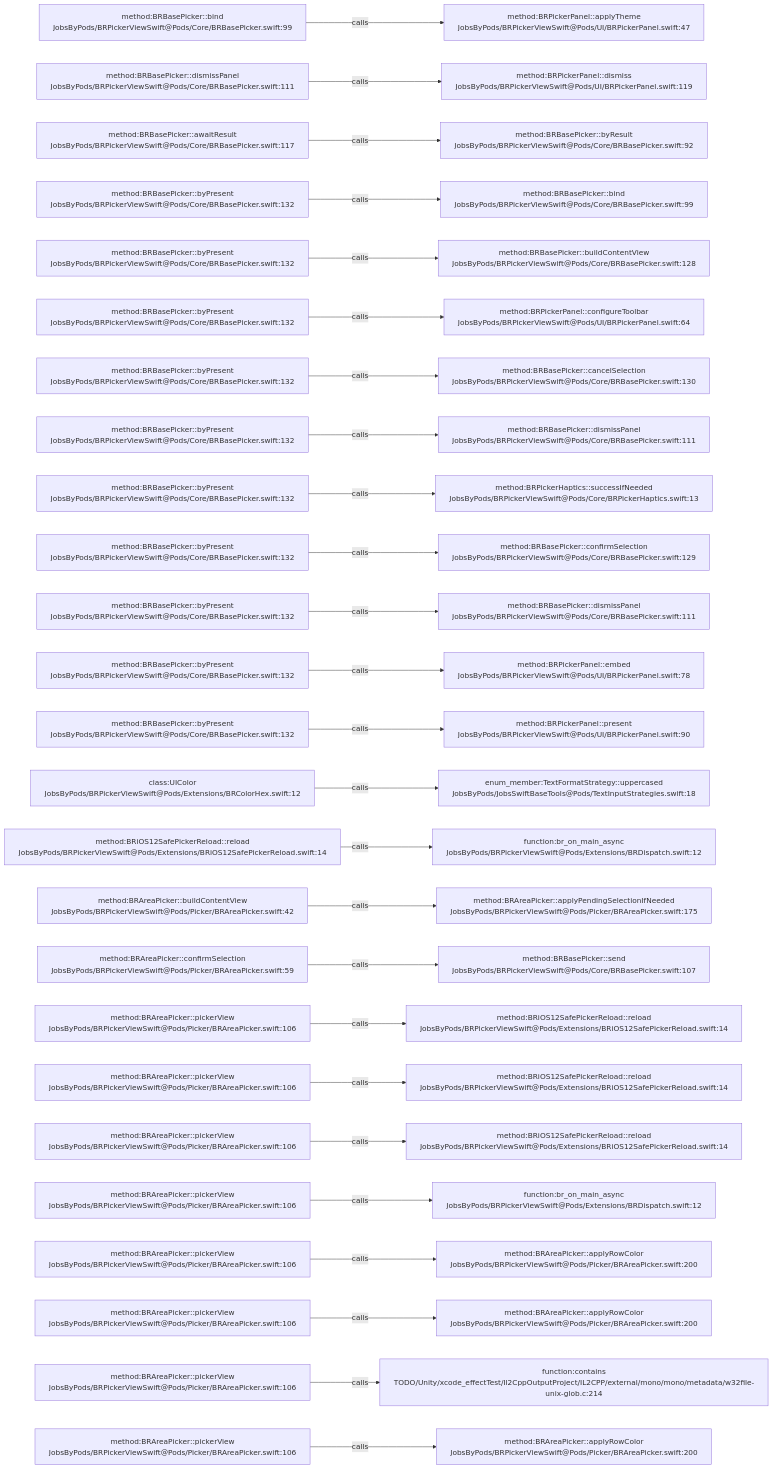
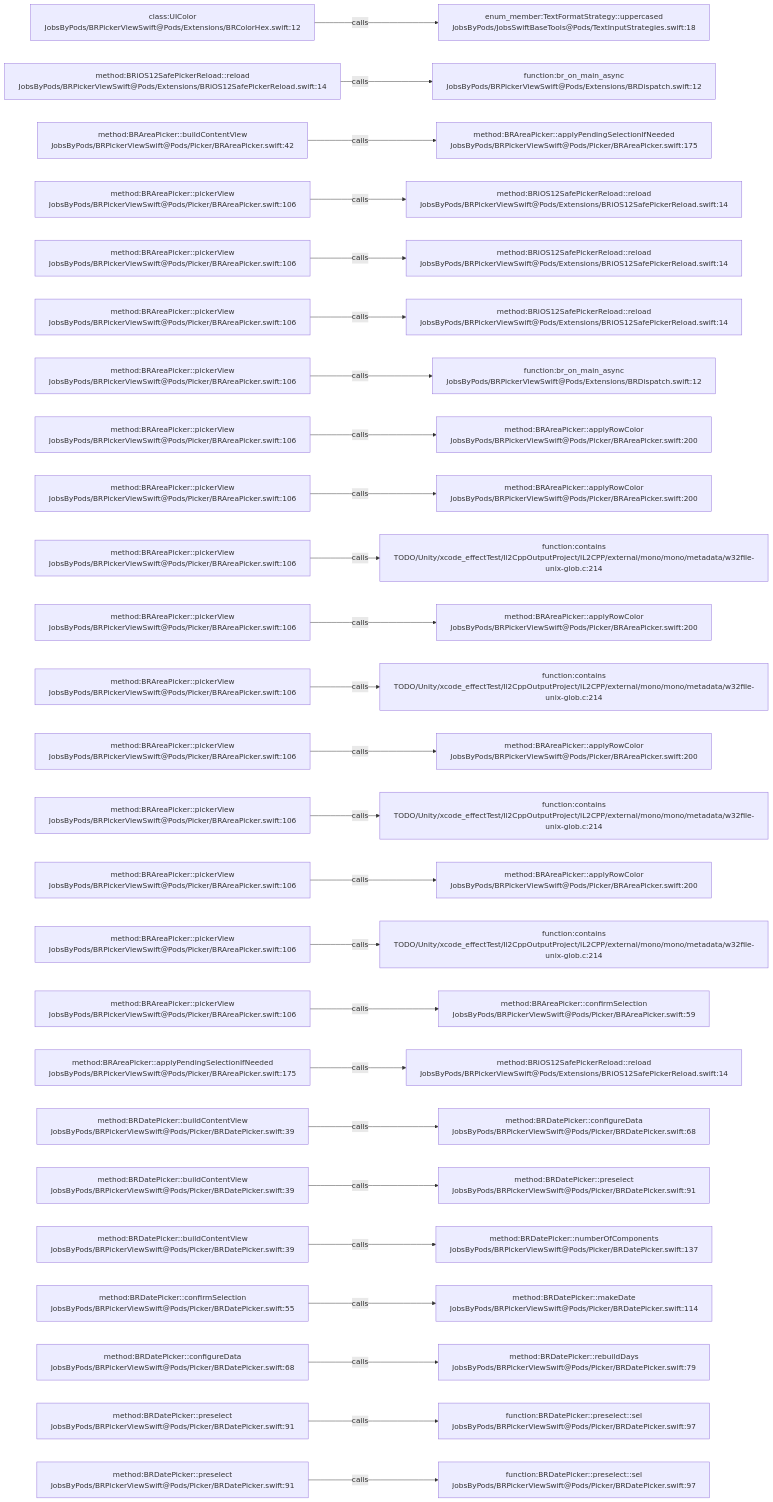
Before and after one commit to JobsKits/JobsSwiftBaseConfigDemo: the diagram in .codegraph/codegraph.md/graphs/calls-001.md, drawn with Mermaid. The commit also changed 569 other files, not shown here.

````diff
--- a/.codegraph/codegraph.md/graphs/calls-001.md
+++ b/.codegraph/codegraph.md/graphs/calls-001.md
@@ -13,78 +13,78 @@
 ```mermaid
 flowchart LR
-  S1["method:BRBasePicker::bind<br/>JobsByPods/BRPickerViewSwift@Pods/Core/BRBasePicker.swift:99"]
-  T1["method:BRPickerPanel::applyTheme<br/>JobsByPods/BRPickerViewSwift@Pods/UI/BRPickerPanel.swift:47"]
+  S1["class:UIColor<br/>JobsByPods/BRPickerViewSwift@Pods/Extensions/BRColorHex.swift:12"]
+  T1["enum_member:TextFormatStrategy::uppercased<br/>JobsByPods/JobsSwiftBaseTools@Pods/TextInputStrategies.swift:18"]
   S1 -->|calls| T1
-  S2["method:BRBasePicker::dismissPanel<br/>JobsByPods/BRPickerViewSwift@Pods/Core/BRBasePicker.swift:111"]
-  T2["method:BRPickerPanel::dismiss<br/>JobsByPods/BRPickerViewSwift@Pods/UI/BRPickerPanel.swift:119"]
+  S2["method:BRiOS12SafePickerReload::reload<br/>JobsByPods/BRPickerViewSwift@Pods/Extensions/BRiOS12SafePickerReload.swift:14"]
+  T2["function:br_on_main_async<br/>JobsByPods/BRPickerViewSwift@Pods/Extensions/BRDispatch.swift:12"]
   S2 -->|calls| T2
-  S3["method:BRBasePicker::awaitResult<br/>JobsByPods/BRPickerViewSwift@Pods/Core/BRBasePicker.swift:117"]
-  T3["method:BRBasePicker::byResult<br/>JobsByPods/BRPickerViewSwift@Pods/Core/BRBasePicker.swift:92"]
+  S3["method:BRAreaPicker::buildContentView<br/>JobsByPods/BRPickerViewSwift@Pods/Picker/BRAreaPicker.swift:42"]
+  T3["method:BRAreaPicker::applyPendingSelectionIfNeeded<br/>JobsByPods/BRPickerViewSwift@Pods/Picker/BRAreaPicker.swift:175"]
   S3 -->|calls| T3
-  S4["method:BRBasePicker::byPresent<br/>JobsByPods/BRPickerViewSwift@Pods/Core/BRBasePicker.swift:132"]
-  T4["method:BRBasePicker::bind<br/>JobsByPods/BRPickerViewSwift@Pods/Core/BRBasePicker.swift:99"]
+  S4["method:BRAreaPicker::pickerView<br/>JobsByPods/BRPickerViewSwift@Pods/Picker/BRAreaPicker.swift:106"]
+  T4["method:BRiOS12SafePickerReload::reload<br/>JobsByPods/BRPickerViewSwift@Pods/Extensions/BRiOS12SafePickerReload.swift:14"]
   S4 -->|calls| T4
-  S5["method:BRBasePicker::byPresent<br/>JobsByPods/BRPickerViewSwift@Pods/Core/BRBasePicker.swift:132"]
-  T5["method:BRBasePicker::buildContentView<br/>JobsByPods/BRPickerViewSwift@Pods/Core/BRBasePicker.swift:128"]
+  S5["method:BRAreaPicker::pickerView<br/>JobsByPods/BRPickerViewSwift@Pods/Picker/BRAreaPicker.swift:106"]
+  T5["method:BRiOS12SafePickerReload::reload<br/>JobsByPods/BRPickerViewSwift@Pods/Extensions/BRiOS12SafePickerReload.swift:14"]
   S5 -->|calls| T5
-  S6["method:BRBasePicker::byPresent<br/>JobsByPods/BRPickerViewSwift@Pods/Core/BRBasePicker.swift:132"]
-  T6["method:BRPickerPanel::configureToolbar<br/>JobsByPods/BRPickerViewSwift@Pods/UI/BRPickerPanel.swift:64"]
+  S6["method:BRAreaPicker::pickerView<br/>JobsByPods/BRPickerViewSwift@Pods/Picker/BRAreaPicker.swift:106"]
+  T6["method:BRiOS12SafePickerReload::reload<br/>JobsByPods/BRPickerViewSwift@Pods/Extensions/BRiOS12SafePickerReload.swift:14"]
   S6 -->|calls| T6
-  S7["method:BRBasePicker::byPresent<br/>JobsByPods/BRPickerViewSwift@Pods/Core/BRBasePicker.swift:132"]
-  T7["method:BRBasePicker::cancelSelection<br/>JobsByPods/BRPickerViewSwift@Pods/Core/BRBasePicker.swift:130"]
+  S7["method:BRAreaPicker::pickerView<br/>JobsByPods/BRPickerViewSwift@Pods/Picker/BRAreaPicker.swift:106"]
+  T7["function:br_on_main_async<br/>JobsByPods/BRPickerViewSwift@Pods/Extensions/BRDispatch.swift:12"]
   S7 -->|calls| T7
-  S8["method:BRBasePicker::byPresent<br/>JobsByPods/BRPickerViewSwift@Pods/Core/BRBasePicker.swift:132"]
-  T8["method:BRBasePicker::dismissPanel<br/>JobsByPods/BRPickerViewSwift@Pods/Core/BRBasePicker.swift:111"]
+  S8["method:BRAreaPicker::pickerView<br/>JobsByPods/BRPickerViewSwift@Pods/Picker/BRAreaPicker.swift:106"]
+  T8["method:BRAreaPicker::applyRowColor<br/>JobsByPods/BRPickerViewSwift@Pods/Picker/BRAreaPicker.swift:200"]
   S8 -->|calls| T8
-  S9["method:BRBasePicker::byPresent<br/>JobsByPods/BRPickerViewSwift@Pods/Core/BRBasePicker.swift:132"]
-  T9["method:BRPickerHaptics::successIfNeeded<br/>JobsByPods/BRPickerViewSwift@Pods/Core/BRPickerHaptics.swift:13"]
+  S9["method:BRAreaPicker::pickerView<br/>JobsByPods/BRPickerViewSwift@Pods/Picker/BRAreaPicker.swift:106"]
+  T9["method:BRAreaPicker::applyRowColor<br/>JobsByPods/BRPickerViewSwift@Pods/Picker/BRAreaPicker.swift:200"]
   S9 -->|calls| T9
-  S10["method:BRBasePicker::byPresent<br/>JobsByPods/BRPickerViewSwift@Pods/Core/BRBasePicker.swift:132"]
-  T10["method:BRBasePicker::confirmSelection<br/>JobsByPods/BRPickerViewSwift@Pods/Core/BRBasePicker.swift:129"]
+  S10["method:BRAreaPicker::pickerView<br/>JobsByPods/BRPickerViewSwift@Pods/Picker/BRAreaPicker.swift:106"]
+  T10["function:contains<br/>TODO/Unity/xcode_effectTest/Il2CppOutputProject/IL2CPP/external/mono/mono/metadata/w32file-unix-glob.c:214"]
   S10 -->|calls| T10
-  S11["method:BRBasePicker::byPresent<br/>JobsByPods/BRPickerViewSwift@Pods/Core/BRBasePicker.swift:132"]
-  T11["method:BRBasePicker::dismissPanel<br/>JobsByPods/BRPickerViewSwift@Pods/Core/BRBasePicker.swift:111"]
+  S11["method:BRAreaPicker::pickerView<br/>JobsByPods/BRPickerViewSwift@Pods/Picker/BRAreaPicker.swift:106"]
+  T11["method:BRAreaPicker::applyRowColor<br/>JobsByPods/BRPickerViewSwift@Pods/Picker/BRAreaPicker.swift:200"]
   S11 -->|calls| T11
-  S12["method:BRBasePicker::byPresent<br/>JobsByPods/BRPickerViewSwift@Pods/Core/BRBasePicker.swift:132"]
-  T12["method:BRPickerPanel::embed<br/>JobsByPods/BRPickerViewSwift@Pods/UI/BRPickerPanel.swift:78"]
+  S12["method:BRAreaPicker::pickerView<br/>JobsByPods/BRPickerViewSwift@Pods/Picker/BRAreaPicker.swift:106"]
+  T12["function:contains<br/>TODO/Unity/xcode_effectTest/Il2CppOutputProject/IL2CPP/external/mono/mono/metadata/w32file-unix-glob.c:214"]
   S12 -->|calls| T12
-  S13["method:BRBasePicker::byPresent<br/>JobsByPods/BRPickerViewSwift@Pods/Core/BRBasePicker.swift:132"]
-  T13["method:BRPickerPanel::present<br/>JobsByPods/BRPickerViewSwift@Pods/UI/BRPickerPanel.swift:90"]
+  S13["method:BRAreaPicker::pickerView<br/>JobsByPods/BRPickerViewSwift@Pods/Picker/BRAreaPicker.swift:106"]
+  T13["method:BRAreaPicker::applyRowColor<br/>JobsByPods/BRPickerViewSwift@Pods/Picker/BRAreaPicker.swift:200"]
   S13 -->|calls| T13
-  S14["class:UIColor<br/>JobsByPods/BRPickerViewSwift@Pods/Extensions/BRColorHex.swift:12"]
-  T14["enum_member:TextFormatStrategy::uppercased<br/>JobsByPods/JobsSwiftBaseTools@Pods/TextInputStrategies.swift:18"]
+  S14["method:BRAreaPicker::pickerView<br/>JobsByPods/BRPickerViewSwift@Pods/Picker/BRAreaPicker.swift:106"]
+  T14["function:contains<br/>TODO/Unity/xcode_effectTest/Il2CppOutputProject/IL2CPP/external/mono/mono/metadata/w32file-unix-glob.c:214"]
   S14 -->|calls| T14
-  S15["method:BRiOS12SafePickerReload::reload<br/>JobsByPods/BRPickerViewSwift@Pods/Extensions/BRiOS12SafePickerReload.swift:14"]
-  T15["function:br_on_main_async<br/>JobsByPods/BRPickerViewSwift@Pods/Extensions/BRDispatch.swift:12"]
+  S15["method:BRAreaPicker::pickerView<br/>JobsByPods/BRPickerViewSwift@Pods/Picker/BRAreaPicker.swift:106"]
+  T15["method:BRAreaPicker::applyRowColor<br/>JobsByPods/BRPickerViewSwift@Pods/Picker/BRAreaPicker.swift:200"]
   S15 -->|calls| T15
-  S16["method:BRAreaPicker::buildContentView<br/>JobsByPods/BRPickerViewSwift@Pods/Picker/BRAreaPicker.swift:42"]
-  T16["method:BRAreaPicker::applyPendingSelectionIfNeeded<br/>JobsByPods/BRPickerViewSwift@Pods/Picker/BRAreaPicker.swift:175"]
+  S16["method:BRAreaPicker::pickerView<br/>JobsByPods/BRPickerViewSwift@Pods/Picker/BRAreaPicker.swift:106"]
+  T16["function:contains<br/>TODO/Unity/xcode_effectTest/Il2CppOutputProject/IL2CPP/external/mono/mono/metadata/w32file-unix-glob.c:214"]
   S16 -->|calls| T16
-  S17["method:BRAreaPicker::confirmSelection<br/>JobsByPods/BRPickerViewSwift@Pods/Picker/BRAreaPicker.swift:59"]
-  T17["method:BRBasePicker::send<br/>JobsByPods/BRPickerViewSwift@Pods/Core/BRBasePicker.swift:107"]
+  S17["method:BRAreaPicker::pickerView<br/>JobsByPods/BRPickerViewSwift@Pods/Picker/BRAreaPicker.swift:106"]
+  T17["method:BRAreaPicker::confirmSelection<br/>JobsByPods/BRPickerViewSwift@Pods/Picker/BRAreaPicker.swift:59"]
   S17 -->|calls| T17
-  S18["method:BRAreaPicker::pickerView<br/>JobsByPods/BRPickerViewSwift@Pods/Picker/BRAreaPicker.swift:106"]
+  S18["method:BRAreaPicker::applyPendingSelectionIfNeeded<br/>JobsByPods/BRPickerViewSwift@Pods/Picker/BRAreaPicker.swift:175"]
   T18["method:BRiOS12SafePickerReload::reload<br/>JobsByPods/BRPickerViewSwift@Pods/Extensions/BRiOS12SafePickerReload.swift:14"]
   S18 -->|calls| T18
-  S19["method:BRAreaPicker::pickerView<br/>JobsByPods/BRPickerViewSwift@Pods/Picker/BRAreaPicker.swift:106"]
-  T19["method:BRiOS12SafePickerReload::reload<br/>JobsByPods/BRPickerViewSwift@Pods/Extensions/BRiOS12SafePickerReload.swift:14"]
+  S19["method:BRDatePicker::buildContentView<br/>JobsByPods/BRPickerViewSwift@Pods/Picker/BRDatePicker.swift:39"]
+  T19["method:BRDatePicker::configureData<br/>JobsByPods/BRPickerViewSwift@Pods/Picker/BRDatePicker.swift:68"]
   S19 -->|calls| T19
-  S20["method:BRAreaPicker::pickerView<br/>JobsByPods/BRPickerViewSwift@Pods/Picker/BRAreaPicker.swift:106"]
-  T20["method:BRiOS12SafePickerReload::reload<br/>JobsByPods/BRPickerViewSwift@Pods/Extensions/BRiOS12SafePickerReload.swift:14"]
+  S20["method:BRDatePicker::buildContentView<br/>JobsByPods/BRPickerViewSwift@Pods/Picker/BRDatePicker.swift:39"]
+  T20["method:BRDatePicker::preselect<br/>JobsByPods/BRPickerViewSwift@Pods/Picker/BRDatePicker.swift:91"]
   S20 -->|calls| T20
-  S21["method:BRAreaPicker::pickerView<br/>JobsByPods/BRPickerViewSwift@Pods/Picker/BRAreaPicker.swift:106"]
-  T21["function:br_on_main_async<br/>JobsByPods/BRPickerViewSwift@Pods/Extensions/BRDispatch.swift:12"]
+  S21["method:BRDatePicker::buildContentView<br/>JobsByPods/BRPickerViewSwift@Pods/Picker/BRDatePicker.swift:39"]
+  T21["method:BRDatePicker::numberOfComponents<br/>JobsByPods/BRPickerViewSwift@Pods/Picker/BRDatePicker.swift:137"]
   S21 -->|calls| T21
-  S22["method:BRAreaPicker::pickerView<br/>JobsByPods/BRPickerViewSwift@Pods/Picker/BRAreaPicker.swift:106"]
-  T22["method:BRAreaPicker::applyRowColor<br/>JobsByPods/BRPickerViewSwift@Pods/Picker/BRAreaPicker.swift:200"]
+  S22["method:BRDatePicker::confirmSelection<br/>JobsByPods/BRPickerViewSwift@Pods/Picker/BRDatePicker.swift:55"]
+  T22["method:BRDatePicker::makeDate<br/>JobsByPods/BRPickerViewSwift@Pods/Picker/BRDatePicker.swift:114"]
   S22 -->|calls| T22
-  S23["method:BRAreaPicker::pickerView<br/>JobsByPods/BRPickerViewSwift@Pods/Picker/BRAreaPicker.swift:106"]
-  T23["method:BRAreaPicker::applyRowColor<br/>JobsByPods/BRPickerViewSwift@Pods/Picker/BRAreaPicker.swift:200"]
+  S23["method:BRDatePicker::configureData<br/>JobsByPods/BRPickerViewSwift@Pods/Picker/BRDatePicker.swift:68"]
+  T23["method:BRDatePicker::rebuildDays<br/>JobsByPods/BRPickerViewSwift@Pods/Picker/BRDatePicker.swift:79"]
   S23 -->|calls| T23
-  S24["method:BRAreaPicker::pickerView<br/>JobsByPods/BRPickerViewSwift@Pods/Picker/BRAreaPicker.swift:106"]
-  T24["function:contains<br/>TODO/Unity/xcode_effectTest/Il2CppOutputProject/IL2CPP/external/mono/mono/metadata/w32file-unix-glob.c:214"]
+  S24["method:BRDatePicker::preselect<br/>JobsByPods/BRPickerViewSwift@Pods/Picker/BRDatePicker.swift:91"]
+  T24["function:BRDatePicker::preselect::sel<br/>JobsByPods/BRPickerViewSwift@Pods/Picker/BRDatePicker.swift:97"]
   S24 -->|calls| T24
-  S25["method:BRAreaPicker::pickerView<br/>JobsByPods/BRPickerViewSwift@Pods/Picker/BRAreaPicker.swift:106"]
-  T25["method:BRAreaPicker::applyRowColor<br/>JobsByPods/BRPickerViewSwift@Pods/Picker/BRAreaPicker.swift:200"]
+  S25["method:BRDatePicker::preselect<br/>JobsByPods/BRPickerViewSwift@Pods/Picker/BRDatePicker.swift:91"]
+  T25["function:BRDatePicker::preselect::sel<br/>JobsByPods/BRPickerViewSwift@Pods/Picker/BRDatePicker.swift:97"]
   S25 -->|calls| T25
 ```
````
